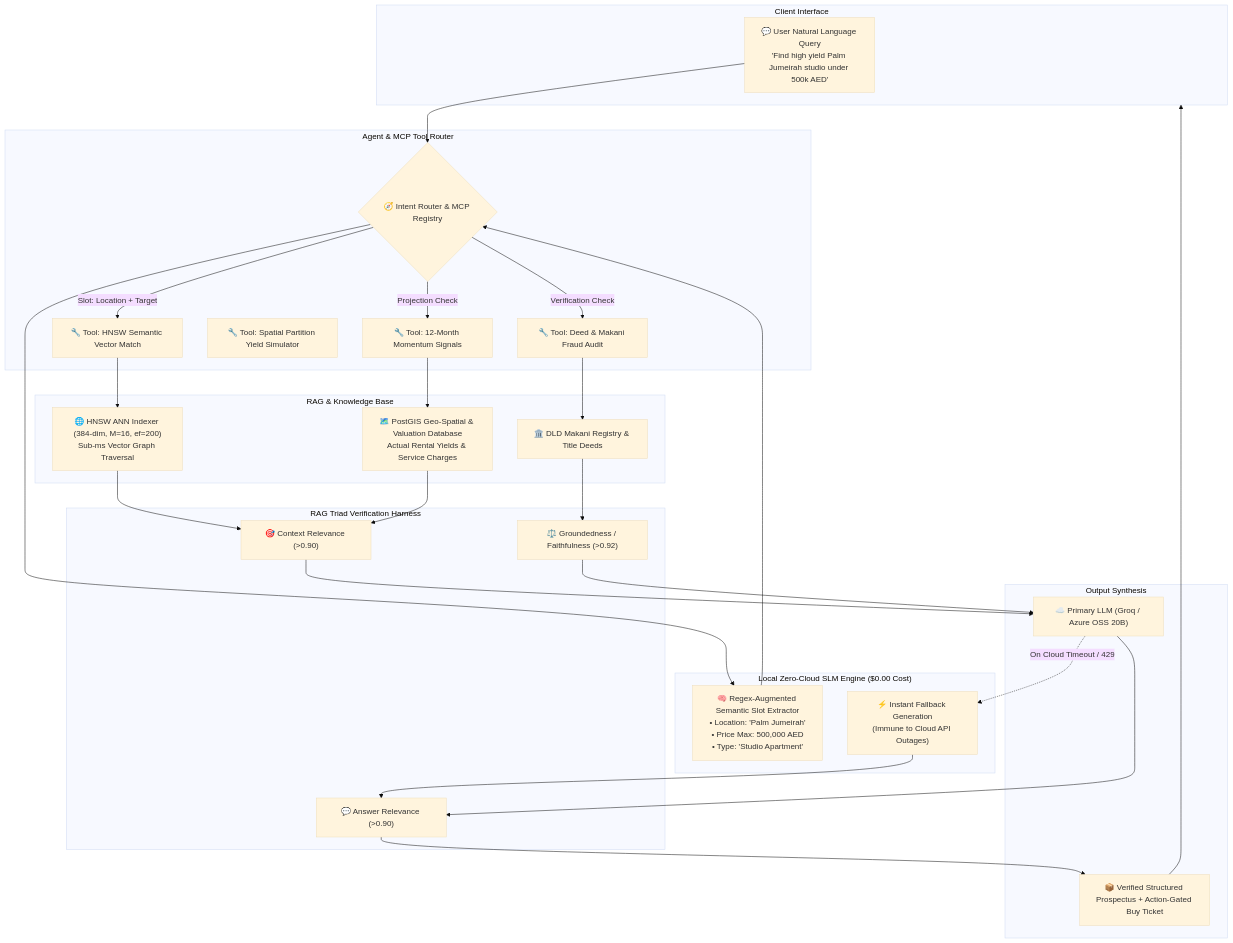
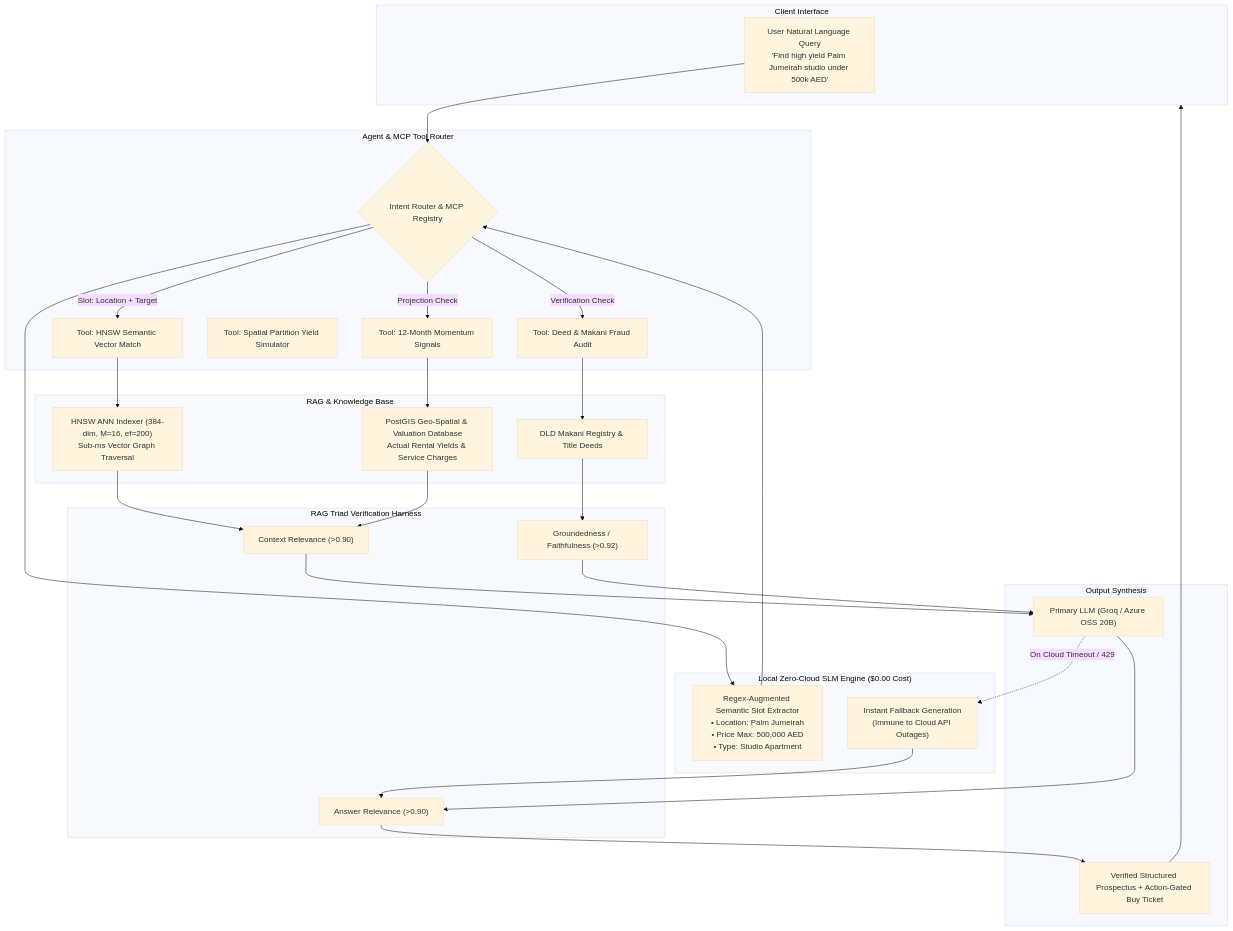
The third of 3 diagrams in README.md (Rithika-Rajinikanth/PROPEX), drawn with Mermaid (base theme) before and after one commit. The commit also changed other lines of this file, not shown here.

Commit message:
fix(docs): resolve Mermaid syntax parse error and format KaTeX math blocks for GitHub

````diff
--- a/README.md
+++ b/README.md
@@ -202,59 +209,59 @@
 ```mermaid
 flowchart TD
     subgraph Client ["Client Interface"]
-        UserQuery["💬 User Natural Language Query\n'Find high yield Palm Jumeirah studio under 500k AED'"]
+        UserQuery["User Natural Language Query\n'Find high yield Palm Jumeirah studio under 500k AED'"]
     end
 
     subgraph Orchestrator ["Agent & MCP Tool Router"]
-        Router{"🧭 Intent Router & MCP Registry"}
-        ToolANN["🔧 Tool: HNSW Semantic Vector Match"]
-        ToolFraud["🔧 Tool: Deed & Makani Fraud Audit"]
-        ToolYield["🔧 Tool: Spatial Partition Yield Simulator"]
-        ToolSignals["🔧 Tool: 12-Month Momentum Signals"]
+        Router{"Intent Router & MCP Registry"}
+        ToolANN["Tool: HNSW Semantic Vector Match"]
+        ToolFraud["Tool: Deed & Makani Fraud Audit"]
+        ToolYield["Tool: Spatial Partition Yield Simulator"]
+        ToolSignals["Tool: 12-Month Momentum Signals"]
     end
 
     subgraph LocalSLM ["Local Zero-Cloud SLM Engine ($0.00 Cost)"]
-        SLMParser["🧠 Regex-Augmented Semantic Slot Extractor\n• Location: 'Palm Jumeirah'\n• Price Max: 500,000 AED\n• Type: 'Studio Apartment'"]
-        SLMFallback["⚡ Instant Fallback Generation\n(Immune to Cloud API Outages)"]
+        SLMParser["Regex-Augmented Semantic Slot Extractor\n• Location: Palm Jumeirah\n• Price Max: 500,000 AED\n• Type: Studio Apartment"]
+        SLMFallback["Instant Fallback Generation\n(Immune to Cloud API Outages)"]
     end
 
     subgraph KnowledgeRetrieval ["RAG & Knowledge Base"]
-        HNSW["🌐 HNSW ANN Indexer (384-dim, M=16, ef=200)\nSub-ms Vector Graph Traversal"]
-        PostGIS["🗺️ PostGIS Geo-Spatial & Valuation Database\nActual Rental Yields & Service Charges"]
-        MakaniDB["🏛️ DLD Makani Registry & Title Deeds"]
+        HNSW["HNSW ANN Indexer (384-dim, M=16, ef=200)\nSub-ms Vector Graph Traversal"]
+        PostGIS["PostGIS Geo-Spatial & Valuation Database\nActual Rental Yields & Service Charges"]
+        MakaniDB["DLD Makani Registry & Title Deeds"]
     end
 
     subgraph RAGTriad ["RAG Triad Verification Harness"]
-        ContextRel["🎯 Context Relevance (>0.90)"]
-        Faithfulness["⚖️ Groundedness / Faithfulness (>0.92)"]
-        AnswerRel["💬 Answer Relevance (>0.90)"]
+        ContextRel["Context Relevance (>0.90)"]
+        Faithfulness["Groundedness / Faithfulness (>0.92)"]
+        AnswerRel["Answer Relevance (>0.90)"]
     end
 
     subgraph Synthesis ["Output Synthesis"]
-        LLMCloud["☁️ Primary LLM (Groq / Azure OSS 20B)"]
-        FinalPayload["📦 Verified Structured Prospectus + Action-Gated Buy Ticket"]
+        LLMCloud["Primary LLM (Groq / Azure OSS 20B)"]
+        FinalPayload["Verified Structured Prospectus + Action-Gated Buy Ticket"]
     end
 
     UserQuery --> Router
     Router --> SLMParser
     SLMParser --> Router
     Router -->|Slot: Location + Target| ToolANN
     Router -->|Verification Check| ToolFraud
     Router -->|Projection Check| ToolSignals
 
     ToolANN --> HNSW
     ToolFraud --> MakaniDB
     ToolSignals --> PostGIS
 
     HNSW --> ContextRel
     PostGIS --> ContextRel
     MakaniDB --> Faithfulness
 
     ContextRel & Faithfulness --> LLMCloud
     LLMCloud -.->|On Cloud Timeout / 429| SLMFallback
     LLMCloud --> AnswerRel
     SLMFallback --> AnswerRel
 
     AnswerRel --> FinalPayload
     FinalPayload --> Client
 ```
````
